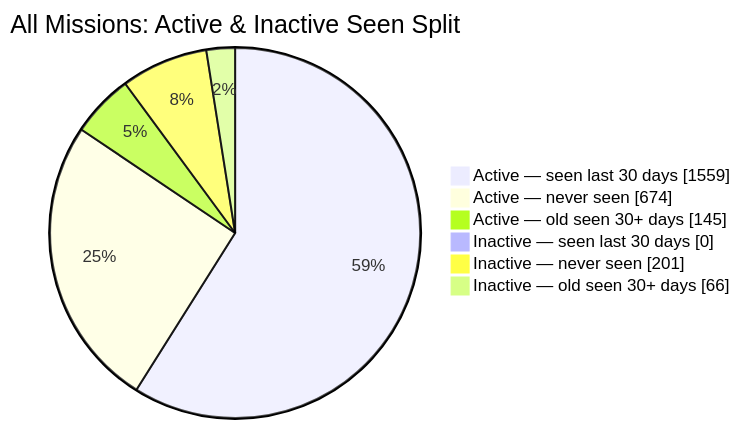
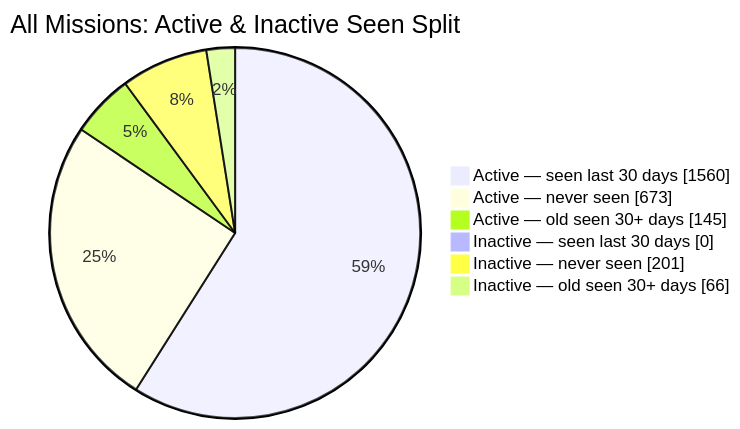
The second of 2 diagrams in README.md (MeldkamerspelGameTeam/active-missions), drawn with Mermaid before and after one commit. The commit also changed other lines of this file and 2 other files, not shown here.

````diff
--- a/README.md
+++ b/README.md
@@ -44,10 +44,10 @@
 ```mermaid
 pie showData
     title All Missions: Active & Inactive Seen Split
-    "Active — seen last 30 days" : 1559
-    "Active — never seen" : 674
+    "Active — seen last 30 days" : 1560
+    "Active — never seen" : 673
     "Active — old seen 30+ days" : 145
     "Inactive — seen last 30 days" : 0
     "Inactive — never seen" : 201
     "Inactive — old seen 30+ days" : 66
 ```
````
